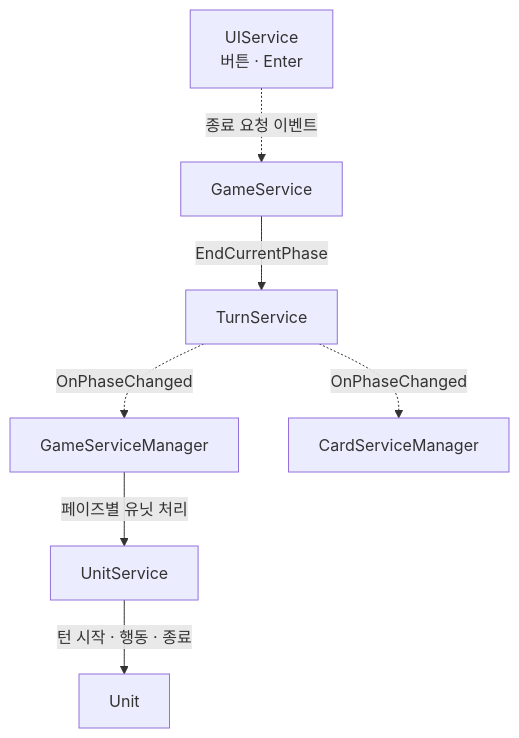
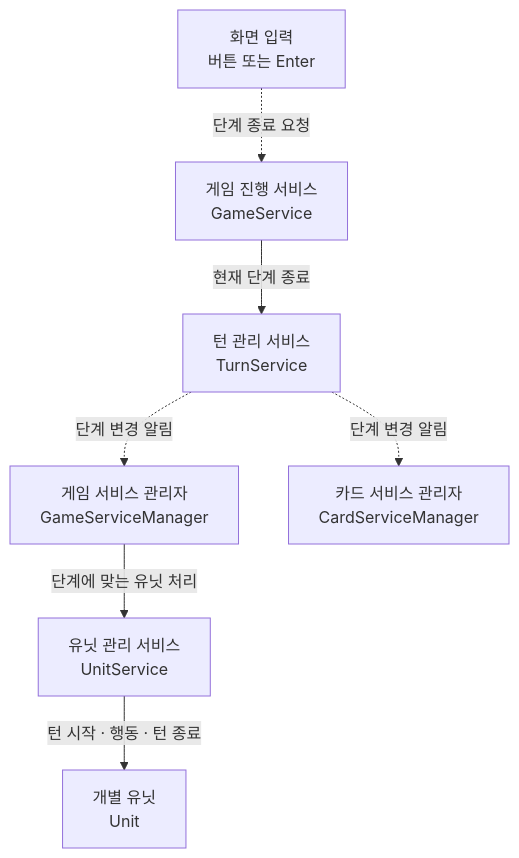
The second of 4 diagrams in README.md (als79gur49/2025-2TeamProject-code-portfolio), drawn with Mermaid before and after one commit. The commit also changed other lines of this file, not shown here.

````diff
--- a/README.md
+++ b/README.md
@@ -63,17 +61,17 @@
 ```mermaid
 flowchart TB
-    UI["UIService<br/>버튼 · Enter"]
-    G["GameService"]
-    T["TurnService"]
-    GM["GameServiceManager"]
-    CM["CardServiceManager"]
-    U["UnitService"]
-    UNIT["Unit"]
+    UI["화면 입력<br/>버튼 또는 Enter"]
+    G["게임 진행 서비스<br/>GameService"]
+    T["턴 관리 서비스<br/>TurnService"]
+    GM["게임 서비스 관리자<br/>GameServiceManager"]
+    CM["카드 서비스 관리자<br/>CardServiceManager"]
+    U["유닛 관리 서비스<br/>UnitService"]
+    UNIT["개별 유닛<br/>Unit"]
 
-    UI -.->|"종료 요청 이벤트"| G
-    G -->|"EndCurrentPhase"| T
-    T -.->|"OnPhaseChanged"| GM
-    T -.->|"OnPhaseChanged"| CM
-    GM -->|"페이즈별 유닛 처리"| U
-    U -->|"턴 시작 · 행동 · 종료"| UNIT
+    UI -.->|"단계 종료 요청"| G
+    G -->|"현재 단계 종료"| T
+    T -.->|"단계 변경 알림"| GM
+    T -.->|"단계 변경 알림"| CM
+    GM -->|"단계에 맞는 유닛 처리"| U
+    U -->|"턴 시작 · 행동 · 턴 종료"| UNIT
 ```
````
